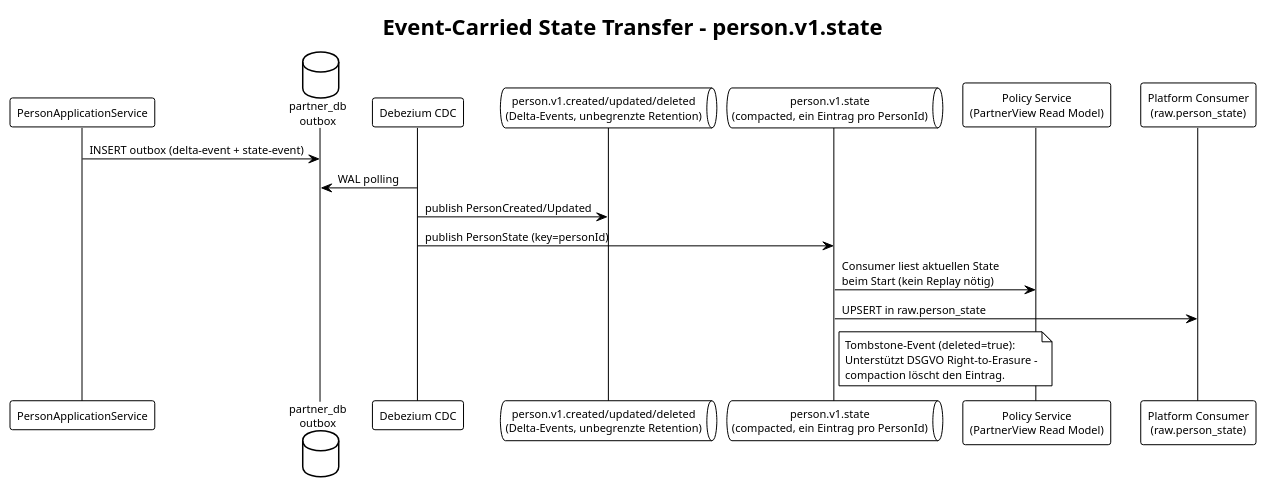
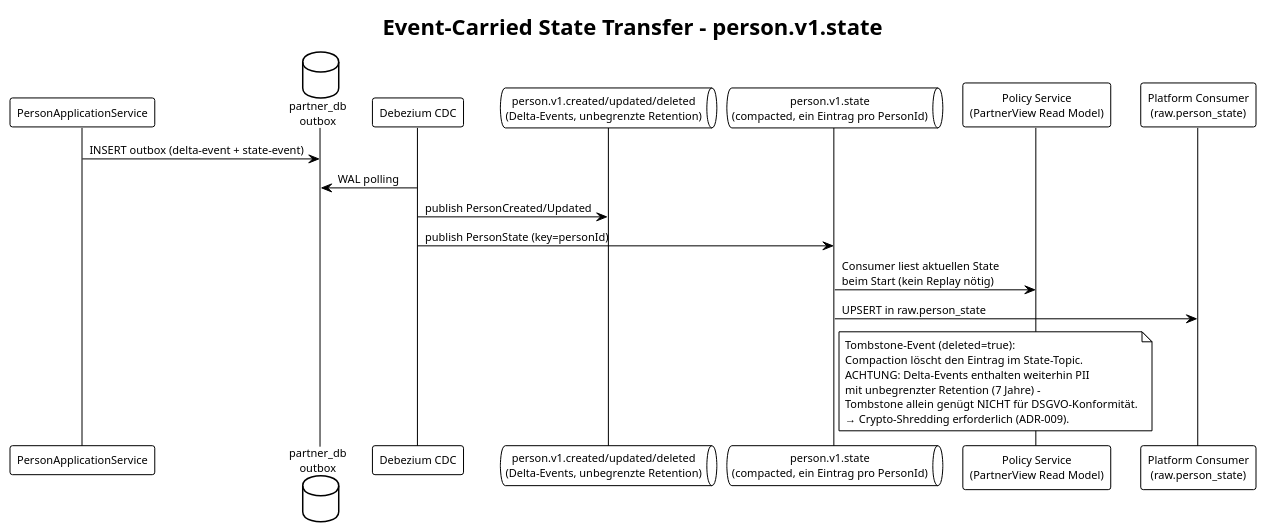
Before and after one commit to LukasW/datamesh: diagram 15 of 16 in specs/arc42.md, drawn with PlantUML. The commit also changed other lines of this file and 49 other files, not shown here.

````diff
--- a/specs/arc42.md
+++ b/specs/arc42.md
@@ -1102,31 +1128,34 @@
 ```plantuml
 @startuml ecst
 !theme plain
 skinparam defaultFontSize 11
 
 title Event-Carried State Transfer – person.v1.state
 
 participant "PersonApplicationService" as APP
 database "partner_db\noutbox" as OUTBOX
 participant "Debezium CDC" as CDC
 queue "person.v1.created/updated/deleted\n(Delta-Events, unbegrenzte Retention)" as DELTA
 queue "person.v1.state\n(compacted, ein Eintrag pro PersonId)" as STATE
 participant "Policy Service\n(PartnerView Read Model)" as POL
 participant "Platform Consumer\n(raw.person_state)" as PC
 
 APP -> OUTBOX : INSERT outbox (delta-event + state-event)
 CDC -> OUTBOX : WAL polling
 CDC -> DELTA : publish PersonCreated/Updated
 CDC -> STATE : publish PersonState (key=personId)
 
 STATE -> POL : Consumer liest aktuellen State\nbeim Start (kein Replay nötig)
 STATE -> PC : UPSERT in raw.person_state
 
 note right of STATE
   Tombstone-Event (deleted=true):
-  Unterstützt DSGVO Right-to-Erasure –
-  compaction löscht den Eintrag.
+  Compaction löscht den Eintrag im State-Topic.
+  ACHTUNG: Delta-Events enthalten weiterhin PII
+  mit unbegrenzter Retention (7 Jahre) –
+  Tombstone allein genügt NICHT für DSGVO-Konformität.
+  → Crypto-Shredding erforderlich (ADR-009).
 end note
 
 @enduml
 ```
````
